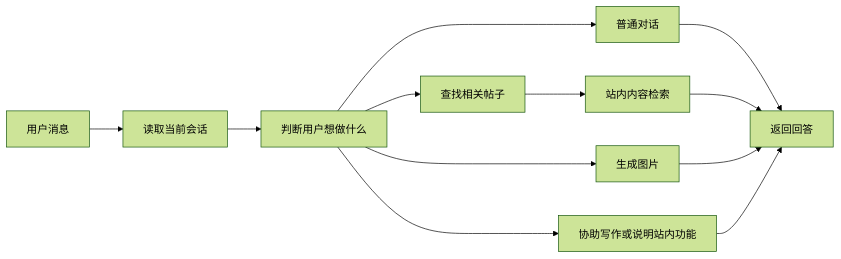
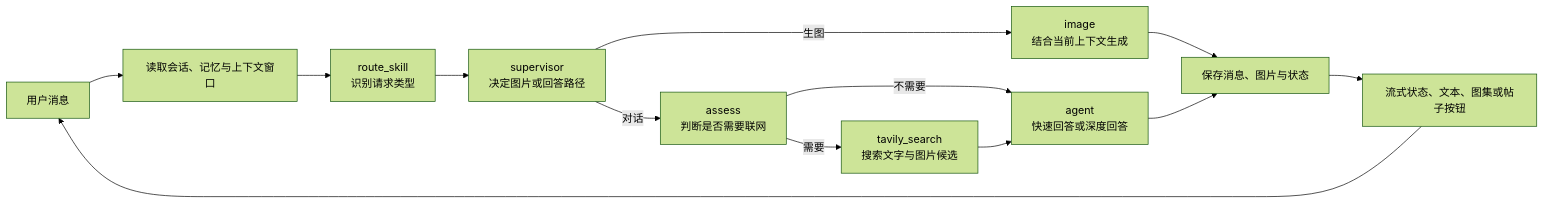
One commit to pluchon/mengmeng_forum changed the tenth of 13 diagrams in README.md. Above: the diagram before and after it, drawn with Mermaid (forest theme). The commit also changed other lines of this file, not shown here.

Commit message:
docs: 细化项目模块流程图

````diff
--- a/README.md
+++ b/README.md
@@ -186,14 +223,15 @@
 ```mermaid
 flowchart LR
-  U["用户消息"] --> H["读取当前会话"]
-  H --> J["判断用户想做什么"]
-  J --> C["普通对话"]
-  J --> R["查找相关帖子"]
-  J --> I["生成图片"]
-  J --> W["协助写作或说明站内功能"]
-  R --> V["站内内容检索"]
-  C --> O["返回回答"]
-  V --> O
-  I --> O
-  W --> O
+  U["用户消息"] --> INIT["读取会话、记忆与上下文窗口"]
+  INIT --> SKILL["route_skill<br/>识别请求类型"]
+  SKILL --> SUP["supervisor<br/>决定图片或回答路径"]
+  SUP -->|生图| IMG["image<br/>结合当前上下文生成"]
+  SUP -->|对话| ASSESS["assess<br/>判断是否需要联网"]
+  ASSESS -->|需要| WEB["tavily_search<br/>搜索文字与图片候选"]
+  ASSESS -->|不需要| AGENT["agent<br/>快速回答或深度回答"]
+  WEB --> AGENT
+  IMG --> SAVE["保存消息、图片与状态"]
+  AGENT --> SAVE
+  SAVE --> EVENT["流式状态、文本、图集或帖子按钮"]
+  EVENT --> U
 ```
````
